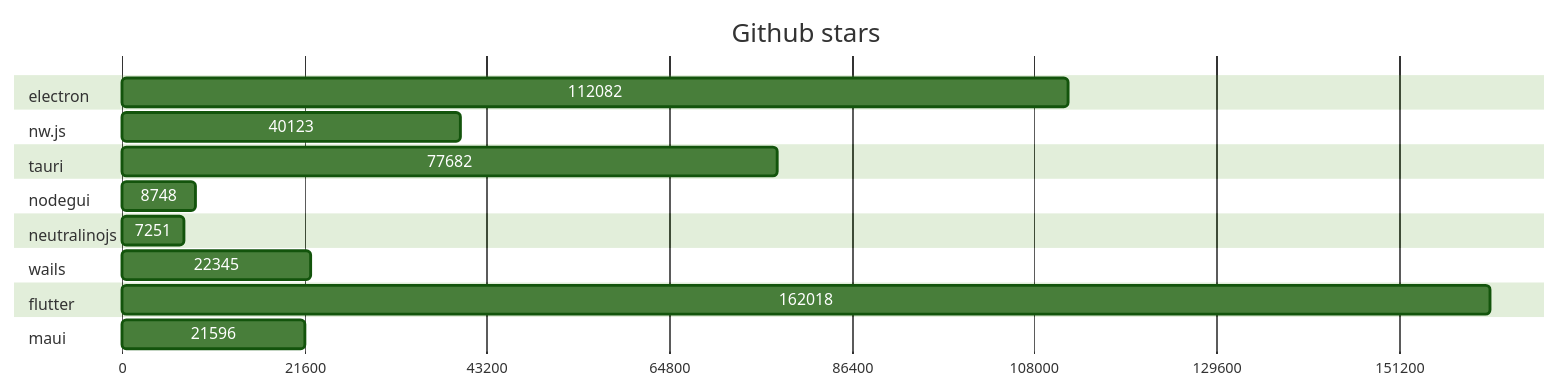
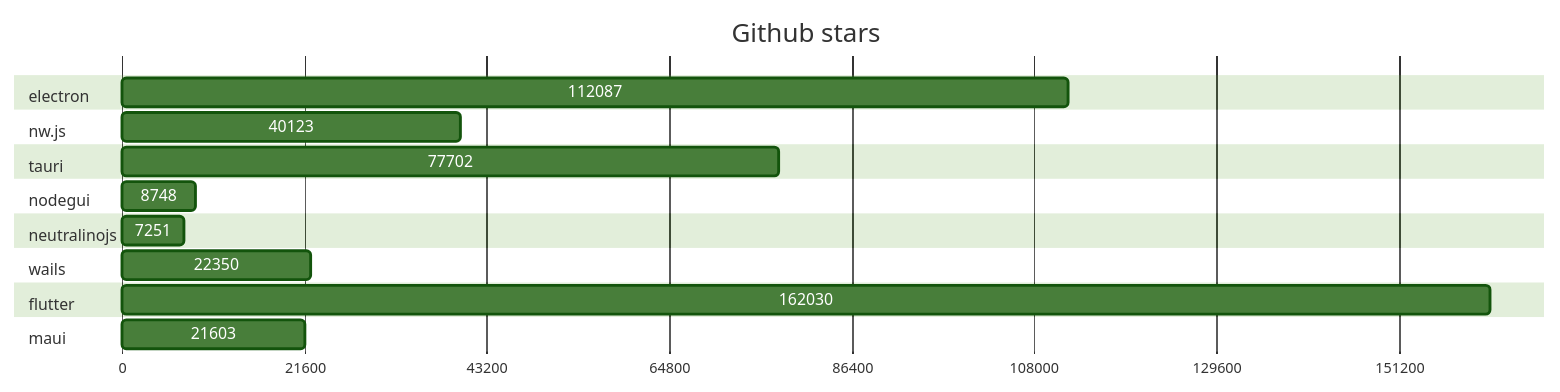
One commit to Elanis/web-to-desktop-framework-comparison changed the first of 2 diagrams in GRAPHS.md. Above: the diagram before and after it, drawn with Mermaid (forest theme). The commit also changed other lines of this file and 2 other files, not shown here.

Commit message:
Update stars & Fork

````diff
--- a/GRAPHS.md
+++ b/GRAPHS.md
@@ -5,40 +5,40 @@
 ```mermaid
 gantt
     title Github stars
     dateFormat  X
     axisFormat %s
 
 
 	section electron
-	112082 : 0, 112082
+	112087 : 0, 112087
 
 	
 	section nw.js
 	40123 : 0, 40123
 
 	
 	section tauri
-	77682 : 0, 77682
+	77702 : 0, 77702
 
 	
 	section nodegui
 	8748 : 0, 8748
 
 	
 	section neutralinojs
 	7251 : 0, 7251
 
 	
 	section wails
-	22345 : 0, 22345
+	22350 : 0, 22350
 
 	
 	section flutter
-	162018 : 0, 162018
+	162030 : 0, 162030
 
 	
 	section maui
-	21596 : 0, 21596
+	21603 : 0, 21603
 
 	
 ```
````
